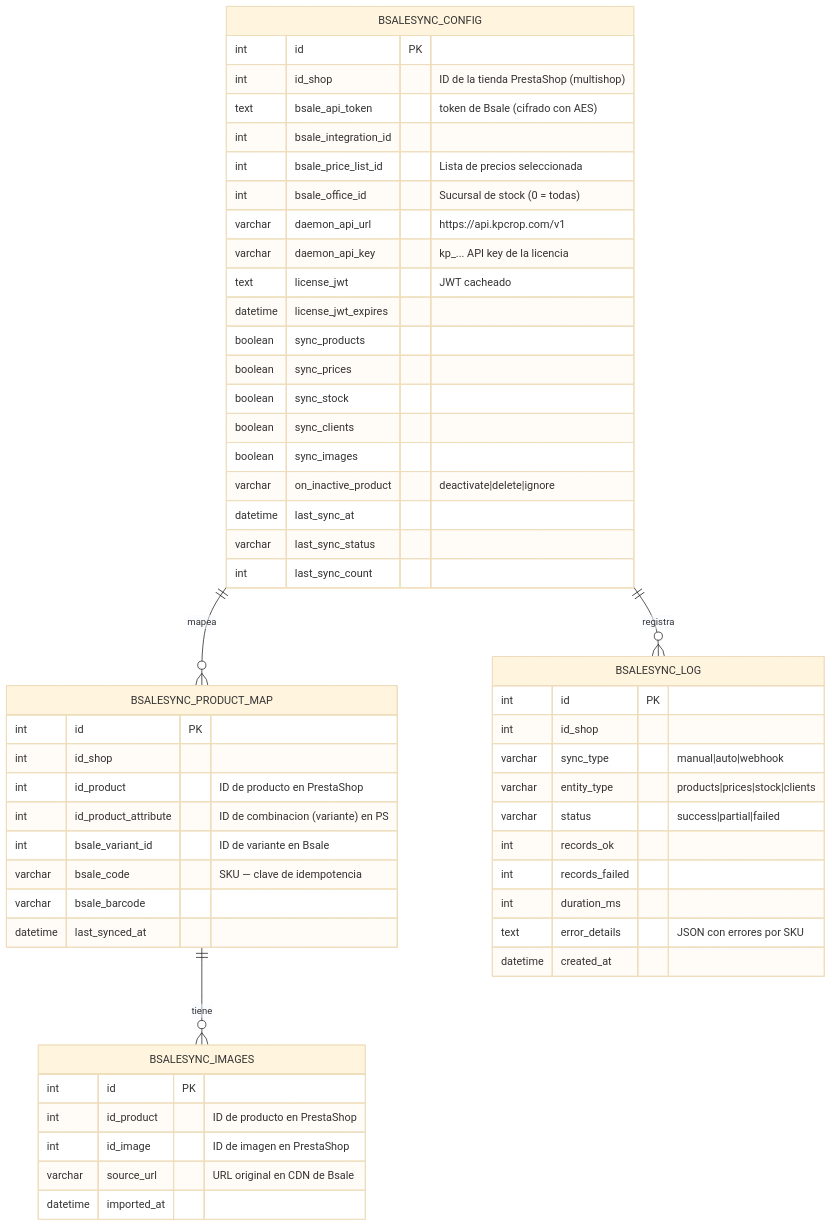
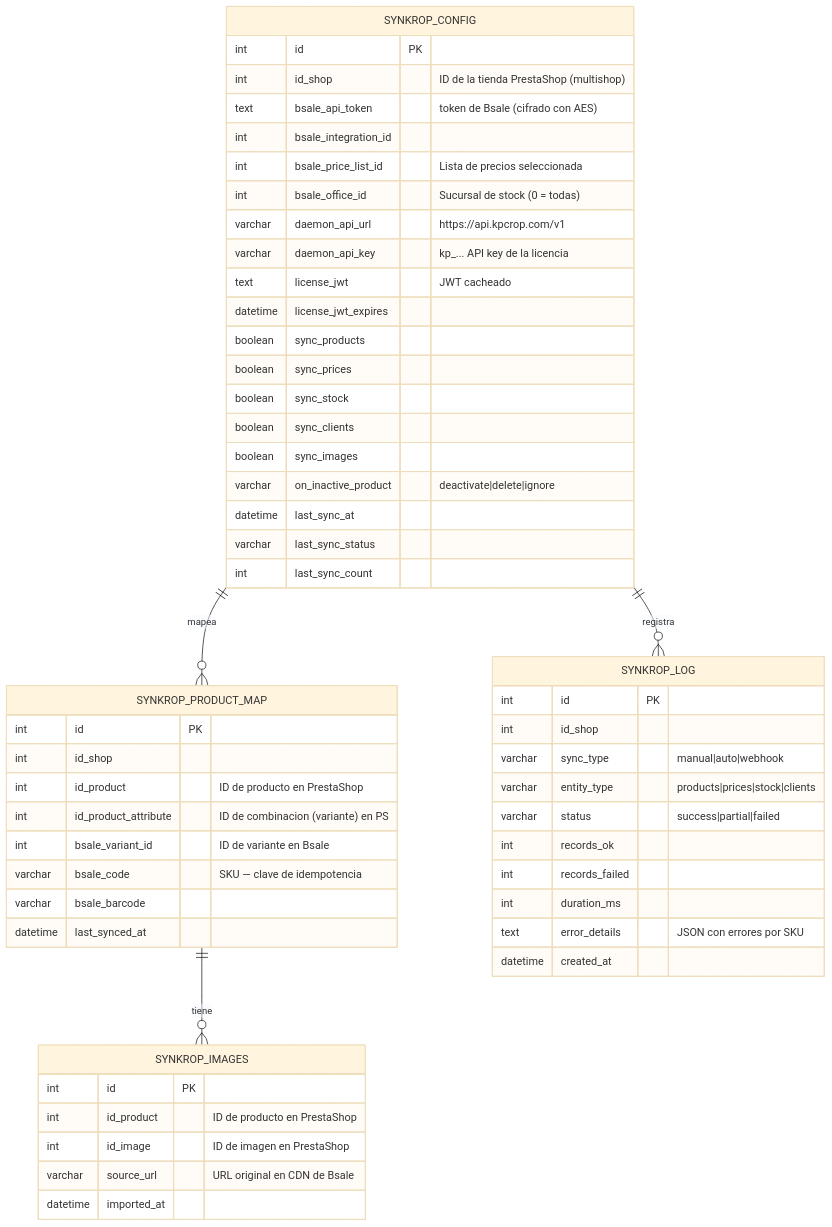
Before and after one commit to Jpcorp/kpcrop-latam-zollner-platform: the second of 3 diagrams in docs/architecture/database-schema.md, drawn with Mermaid (base theme). The commit also changed other lines of this file and 36 other files, not shown here.

````diff
--- a/docs/architecture/database-schema.md
+++ b/docs/architecture/database-schema.md
@@ -97,60 +97,60 @@
 ```mermaid
 erDiagram
-    BSALESYNC_CONFIG {
+    SYNKROP_CONFIG {
         int id PK
         int id_shop "ID de la tienda PrestaShop (multishop)"
         text bsale_api_token "token de Bsale (cifrado con AES)"
         int bsale_integration_id
         int bsale_price_list_id "Lista de precios seleccionada"
         int bsale_office_id "Sucursal de stock (0 = todas)"
         varchar daemon_api_url "https://api.kpcrop.com/v1"
         varchar daemon_api_key "kp_... API key de la licencia"
         text license_jwt "JWT cacheado"
         datetime license_jwt_expires
         boolean sync_products
         boolean sync_prices
         boolean sync_stock
         boolean sync_clients
         boolean sync_images
         varchar on_inactive_product "deactivate|delete|ignore"
         datetime last_sync_at
         varchar last_sync_status
         int last_sync_count
     }
 
-    BSALESYNC_PRODUCT_MAP {
+    SYNKROP_PRODUCT_MAP {
         int id PK
         int id_shop
         int id_product "ID de producto en PrestaShop"
         int id_product_attribute "ID de combinacion (variante) en PS"
         int bsale_variant_id "ID de variante en Bsale"
         varchar bsale_code "SKU — clave de idempotencia"
         varchar bsale_barcode
         datetime last_synced_at
     }
 
-    BSALESYNC_IMAGES {
+    SYNKROP_IMAGES {
         int id PK
         int id_product "ID de producto en PrestaShop"
         int id_image "ID de imagen en PrestaShop"
         varchar source_url "URL original en CDN de Bsale"
         datetime imported_at
     }
 
-    BSALESYNC_LOG {
+    SYNKROP_LOG {
         int id PK
         int id_shop
         varchar sync_type "manual|auto|webhook"
         varchar entity_type "products|prices|stock|clients"
         varchar status "success|partial|failed"
         int records_ok
         int records_failed
         int duration_ms
         text error_details "JSON con errores por SKU"
         datetime created_at
     }
 
-    BSALESYNC_CONFIG ||--o{ BSALESYNC_PRODUCT_MAP : "mapea"
-    BSALESYNC_CONFIG ||--o{ BSALESYNC_LOG : "registra"
-    BSALESYNC_PRODUCT_MAP ||--o{ BSALESYNC_IMAGES : "tiene"
+    SYNKROP_CONFIG ||--o{ SYNKROP_PRODUCT_MAP : "mapea"
+    SYNKROP_CONFIG ||--o{ SYNKROP_LOG : "registra"
+    SYNKROP_PRODUCT_MAP ||--o{ SYNKROP_IMAGES : "tiene"
 ```
````
